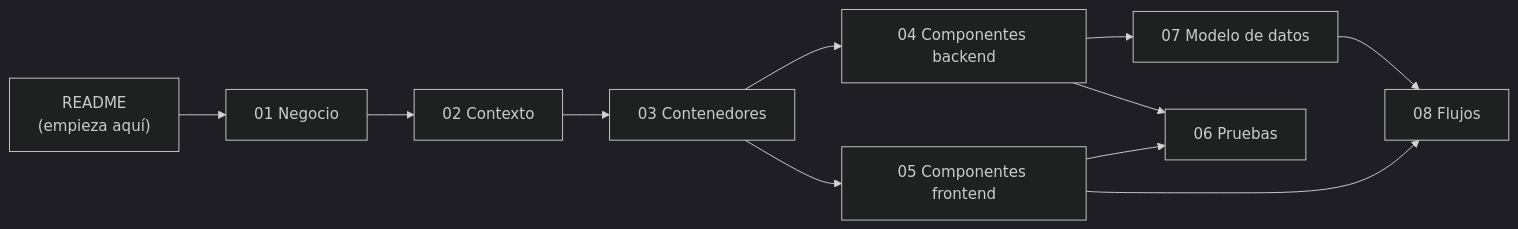
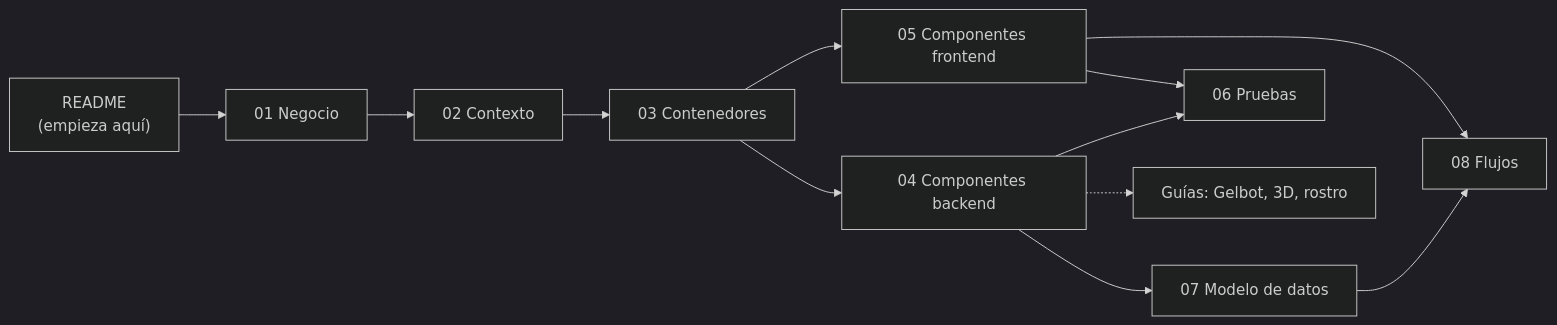
Before and after one commit to cristian-0023/SUPER-GELATTO: the diagram in docs/arquitectura/README.md, drawn with Mermaid (dark theme). The commit also changed other lines of this file and 9 other files, not shown here.

````diff
--- a/docs/arquitectura/README.md
+++ b/docs/arquitectura/README.md
@@ -45,13 +69,14 @@
 ```mermaid
 flowchart LR
   R["README<br/>(empieza aquí)"] --> N["01 Negocio"]
   N --> C["02 Contexto"]
   C --> K["03 Contenedores"]
   K --> B["04 Componentes backend"]
   K --> F["05 Componentes frontend"]
   B --> D["07 Modelo de datos"]
   B --> T["06 Pruebas"]
   F --> T
   D --> L["08 Flujos"]
   F --> L
+  B -.-> G["Guías: Gelbot, 3D, rostro"]
 ```
````
